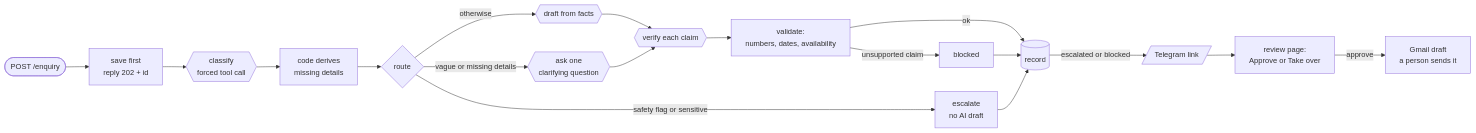
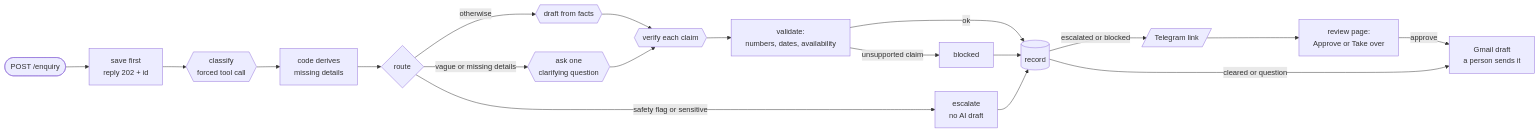
The diagram in README.md (deeowemez/enquiry-desk), drawn with Mermaid before and after one commit. The commit also changed other lines of this file and 7 other files, not shown here.

````diff
--- a/README.md
+++ b/README.md
@@ -31,18 +31,19 @@
 ```mermaid
 flowchart LR
   A([POST /enquiry]) --> B[save first<br/>reply 202 + id]
   B --> C{{classify<br/>forced tool call}}
   C --> D[code derives<br/>missing details]
   D --> E{route}
   E -- "safety flag or sensitive" --> H[escalate<br/>no AI draft]
   E -- "vague or missing details" --> I{{ask one<br/>clarifying question}}
   E -- otherwise --> F{{draft from facts}}
   F --> G{{verify each claim}}
   I --> G
   G --> V[validate:<br/>numbers, dates, availability]
   V -- ok --> R[(record)]
   V -- unsupported claim --> X[blocked] --> R
   H --> R
   R -- "escalated or blocked" --> T[/Telegram link/] --> P[review page:<br/>Approve or Take over]
   P -- approve --> M[Gmail draft<br/>a person sends it]
+  R -- "cleared or question" --> M
 ```
````
